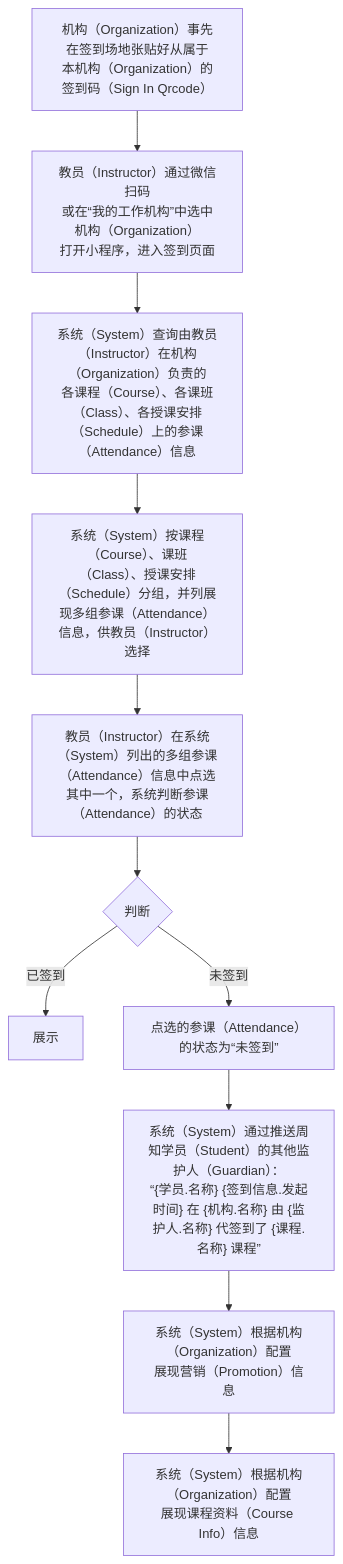
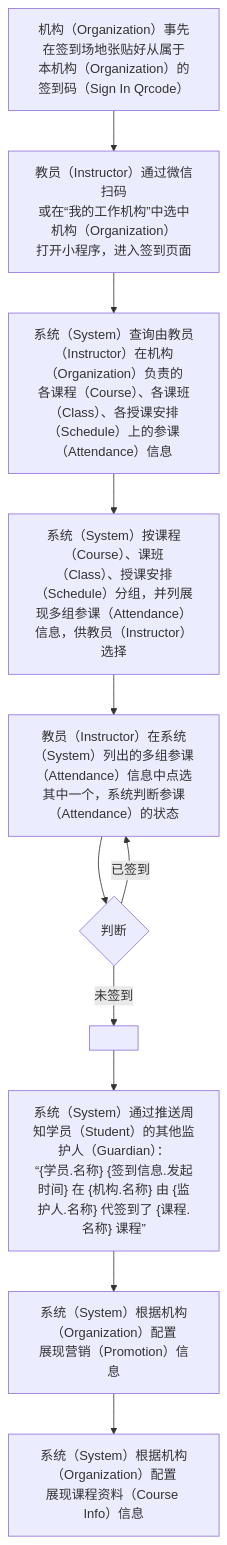
Before and after one commit to world-wide-web/sign: the third of 3 diagrams in 用例/签到.md, drawn with Mermaid. The commit also changed other lines of this file, not shown here.

Commit message:
用例/签到.md updated from https://stackedit.io/

````diff
--- a/用例/签到.md
+++ b/用例/签到.md
@@ -81,24 +81,23 @@
 ```mermaid
 graph TD
 A["<center>机构（Organization）事先在签到场地张贴好从属于<br>本机构（Organization）的签到码（Sign In Qrcode）</center>"]
 B["<center>教员（Instructor）通过微信扫码<br>或在“我的工作机构”中选中机构（Organization）<br>打开小程序，进入签到页面</center>"]
 C["<center>系统（System）查询由教员（Instructor）在机构（Organization）负责的<br>各课程（Course）、各课班（Class）、各授课安排（Schedule）上的参课（Attendance）信息"]
 D["<center>系统（System）按课程（Course）、课班（Class）、授课安排（Schedule）分组，并列展现多组参课（Attendance）信息，供教员（Instructor）选择</center>"]
 E["<center>教员（Instructor）在系统（System）列出的多组参课（Attendance）信息中点选其中一个，系统判断参课（Attendance）的状态</center>"]
 F{"<center>判断</center>"}
-F1["<center>展示</center>"]
-F2["<center>点选的参课（Attendance）的状态为“未签到”</center>"]
+F1["<center></center>"]
 G["<center>系统（System）通过推送周知学员（Student）的其他监护人（Guardian）：<br>“{学员.名称} {签到信息.发起时间} 在 {机构.名称} 由 {监护人.名称} 代签到了 {课程.名称} 课程”</center>"]
 H["<center>系统（System）根据机构（Organization）配置<br>展现营销（Promotion）信息</center>"]
 I["<center>系统（System）根据机构（Organization）配置<br>展现课程资料（Course Info）信息</center>"]
 A-->B
 B-->C
 C-->D
 D-->E
 E-->F
-F--已签到-->F1
-F--未签到-->F2
-F2-->G
+F--已签到-->E
+F--未签到-->F1
+F1-->G
 G-->H
 H-->I
 ```
````
